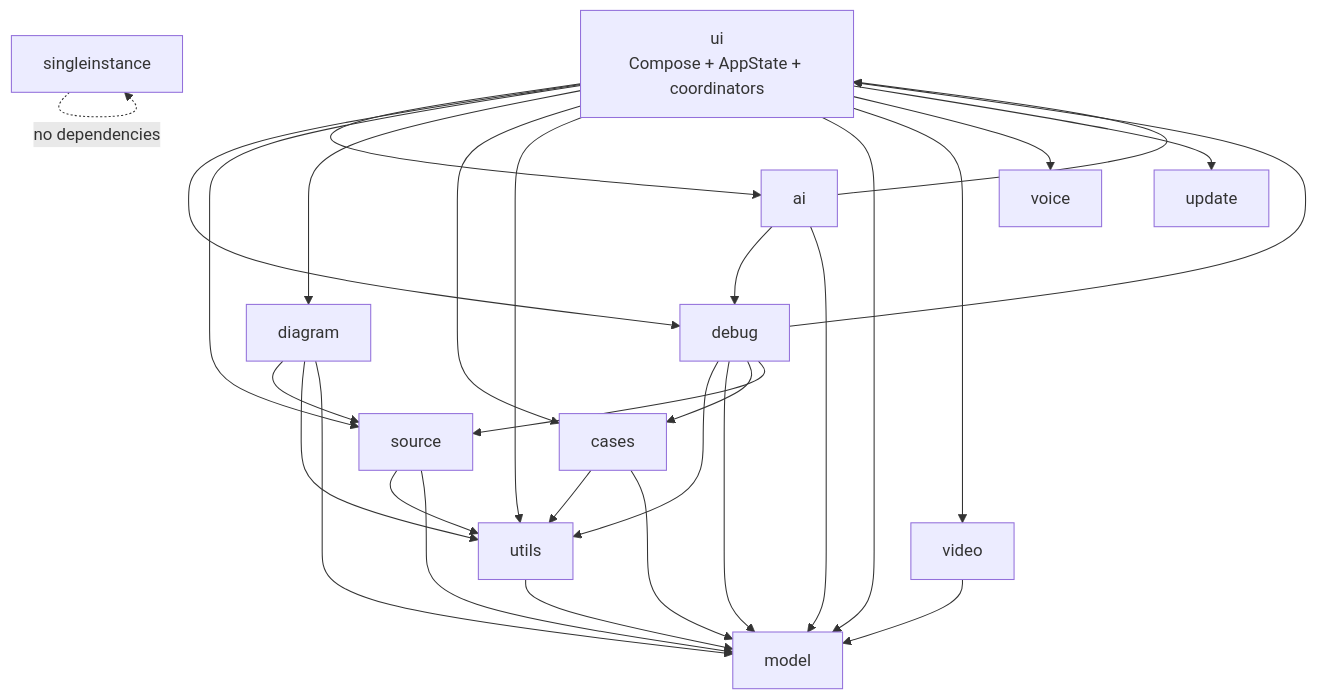
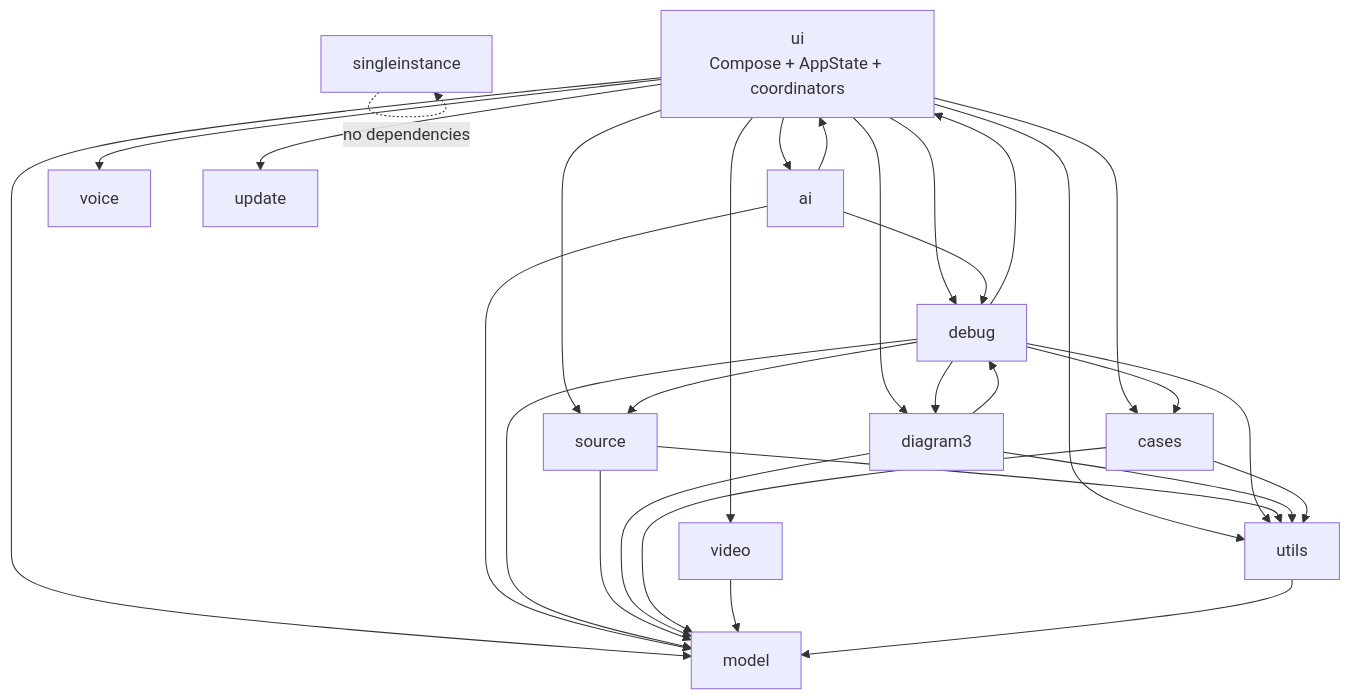
One commit to indagium/indagium changed the third of 14 diagrams in docs/SAAD.md. Above: the diagram before and after it, drawn with Mermaid. The commit also changed other lines of this file and 108 other files, not shown here.

````diff
--- a/docs/SAAD.md
+++ b/docs/SAAD.md
@@ -397,48 +397,49 @@
 ```mermaid
 flowchart TB
     ui["ui<br/>Compose + AppState + coordinators"]
     ai["ai"]
     debug["debug"]
     source["source"]
-    diagram["diagram"]
+    diagram3["diagram3"]
     cases["cases"]
     utils["utils"]
     model["model"]
     video["video"]
     voice["voice"]
     update["update"]
     single["singleinstance"]
 
     ui --> ai
     ui --> debug
     ui --> source
-    ui --> diagram
+    ui --> diagram3
     ui --> cases
     ui --> utils
     ui --> model
     ui --> video
     ui --> voice
     ui --> update
 
     ai --> debug
     ai --> ui
     ai --> model
 
     debug --> ui
     debug --> utils
     debug --> model
     debug --> cases
     debug --> source
+    debug --> diagram3
 
     source --> utils
     source --> model
-    diagram --> source
-    diagram --> utils
-    diagram --> model
+    diagram3 --> utils
+    diagram3 --> model
+    diagram3 --> debug
     cases --> utils
     cases --> model
     video --> model
     utils --> model
 
     single -.->|"no dependencies"| single
 ```
````
